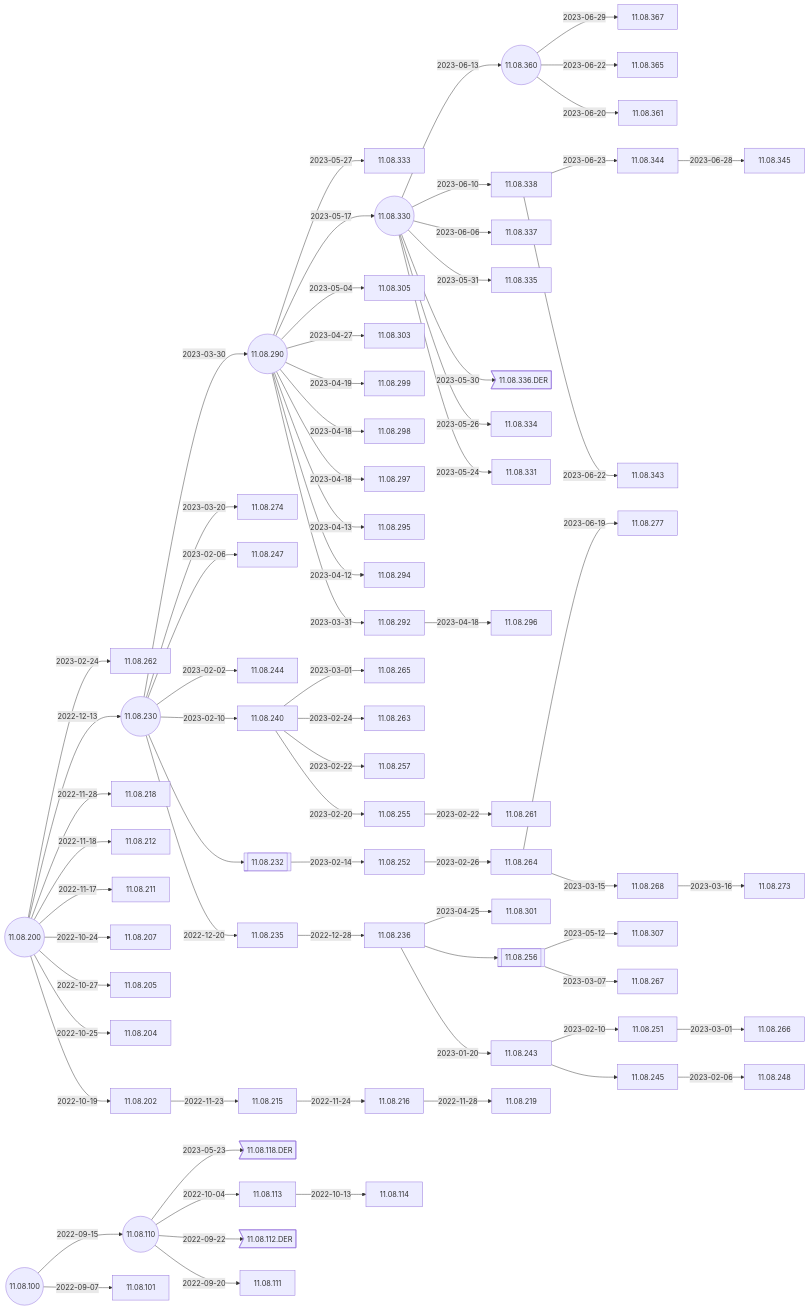
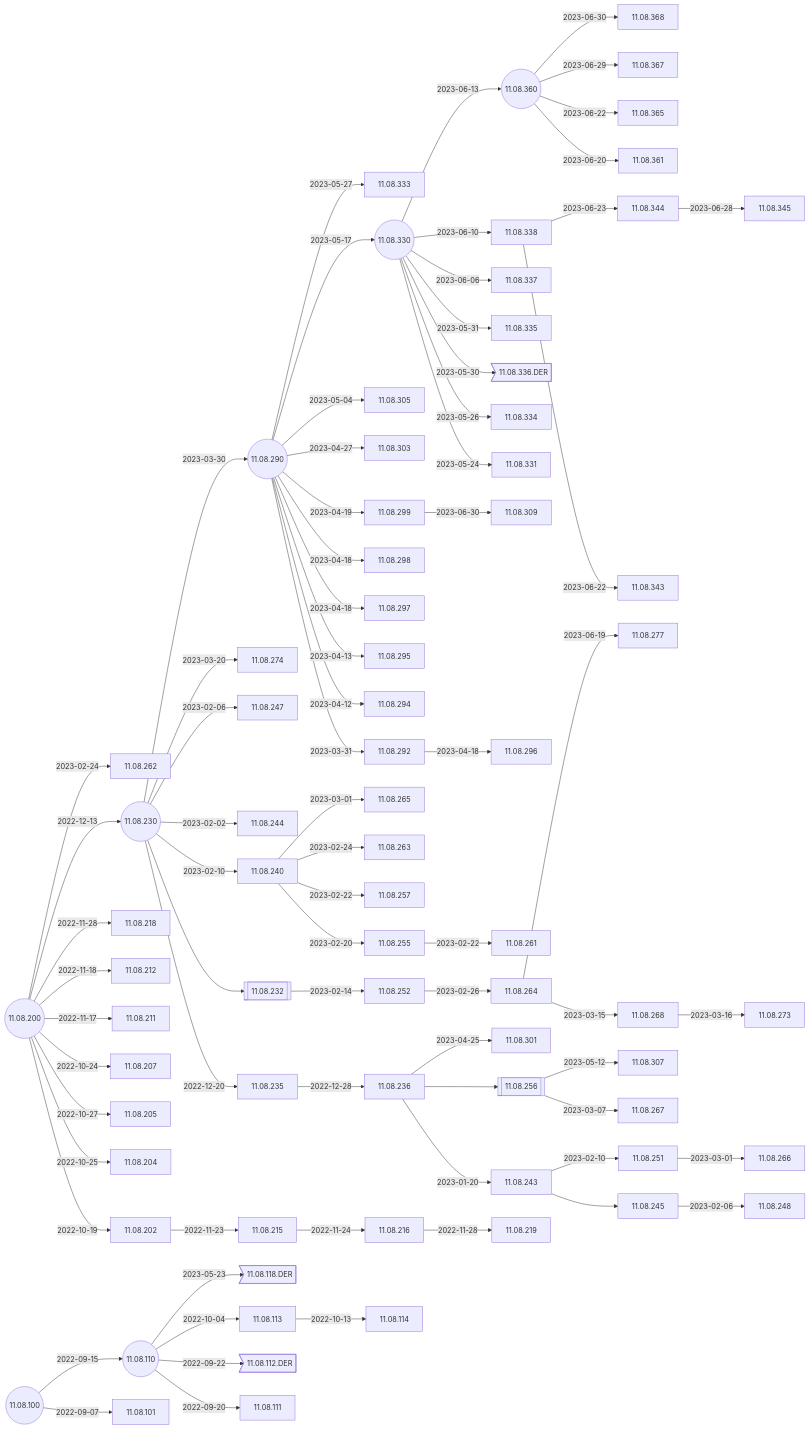
The second of 4 diagrams in docs/Docs/ReleaseNotes/01-OS11/README.md (IGEL-Community/IGEL-Docs-v02), drawn with Mermaid before and after one commit. The commit also changed 1 other file, not shown here.

Commit message:
11.08.368 < 11.08.360 ; 11.08.309 < 11.08.299

````diff
--- a/docs/Docs/ReleaseNotes/01-OS11/README.md
+++ b/docs/Docs/ReleaseNotes/01-OS11/README.md
@@ -39,5 +39,7 @@
 ```mermaid
 flowchart LR
+    11.08.299-- 2023-06-30 -->11.08.309
+    11.08.360-- 2023-06-30 -->11.08.368
     11.08.360-- 2023-06-29 -->11.08.367
     11.08.344-- 2023-06-28 -->11.08.345
     11.08.338-- 2023-06-23 -->11.08.344
@@ -92,6 +94,8 @@
     11.08.110((11.08.110))-- 2022-09-22 -->11.08.112.DER>11.08.112.DER]
     11.08.100-- 2022-09-15 -->11.08.110-- 2022-09-20 -->11.08.111
     11.08.100((11.08.100))-- 2022-09-07 -->11.08.101
+    click 11.08.309 "https://github.com/IGEL-Community/IGEL-Docs-v02/tree/main/docs/Docs/ReleaseNotes/01-OS11/readme11.08.309.txt" _blank
+    click 11.08.368 "https://github.com/IGEL-Community/IGEL-Docs-v02/tree/main/docs/Docs/ReleaseNotes/01-OS11/readme11.08.368.txt" _blank
     click 11.08.367 "https://github.com/IGEL-Community/IGEL-Docs-v02/tree/main/docs/Docs/ReleaseNotes/01-OS11/readme11.08.367.txt" _blank
     click 11.08.345 "https://github.com/IGEL-Community/IGEL-Docs-v02/tree/main/docs/Docs/ReleaseNotes/01-OS11/readme11.08.345.txt" _blank
     click 11.08.344 "https://github.com/IGEL-Community/IGEL-Docs-v02/tree/main/docs/Docs/ReleaseNotes/01-OS11/readme11.08.344.txt" _blank
````
